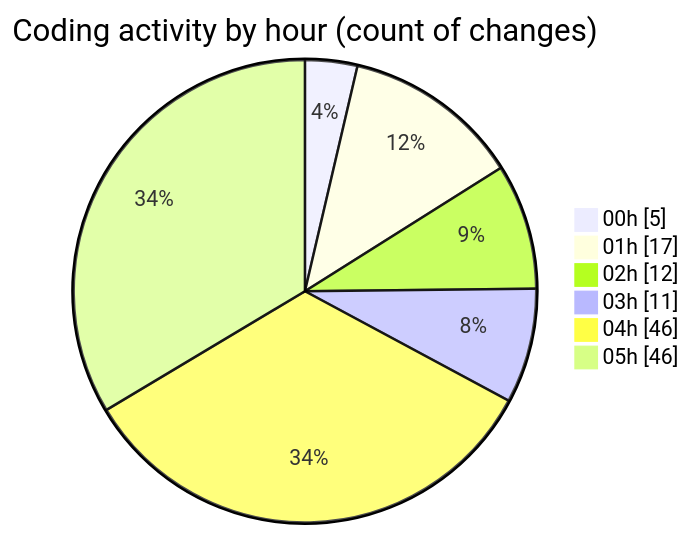
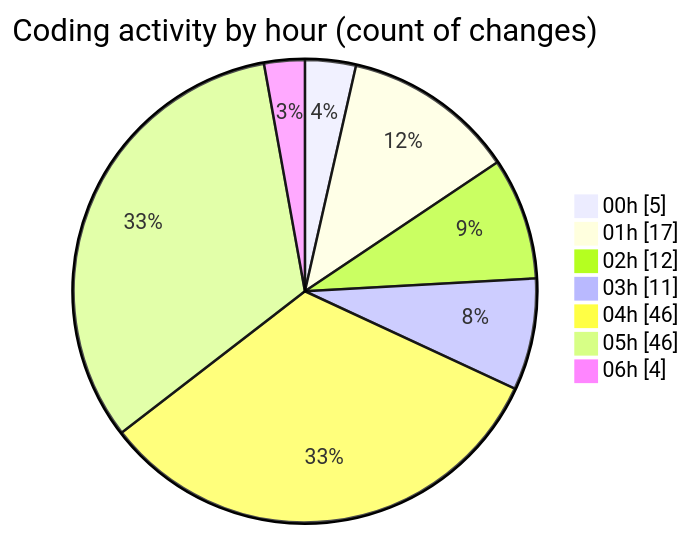
Before and after one commit to EIIisD/code-tracking: the second of 2 diagrams in 2025-08-04/tw-server/README.md, drawn with Mermaid. The commit also changed other lines of this file and 1 other file, not shown here.

````diff
--- a/2025-08-04/tw-server/README.md
+++ b/2025-08-04/tw-server/README.md
@@ -38,10 +38,11 @@
 ```mermaid
 pie showData
 title Coding activity by hour (count of changes)
 "00h" : 5
 "01h" : 17
 "02h" : 12
 "03h" : 11
 "04h" : 46
 "05h" : 46
+"06h" : 4
 ```
````
